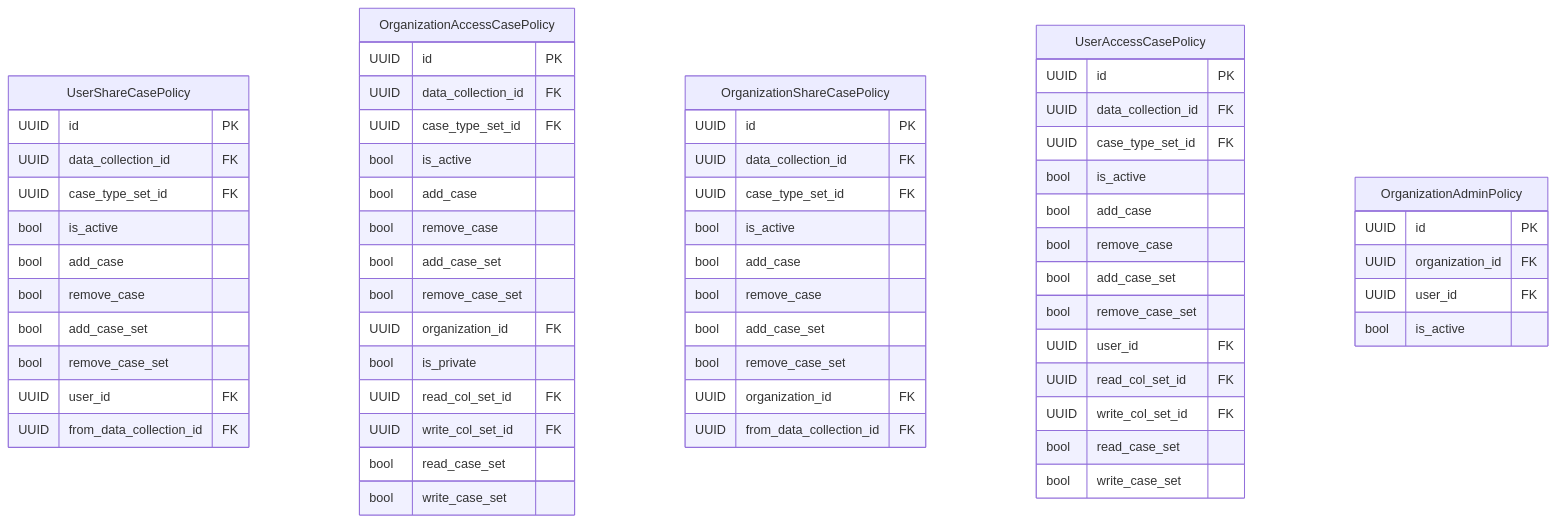
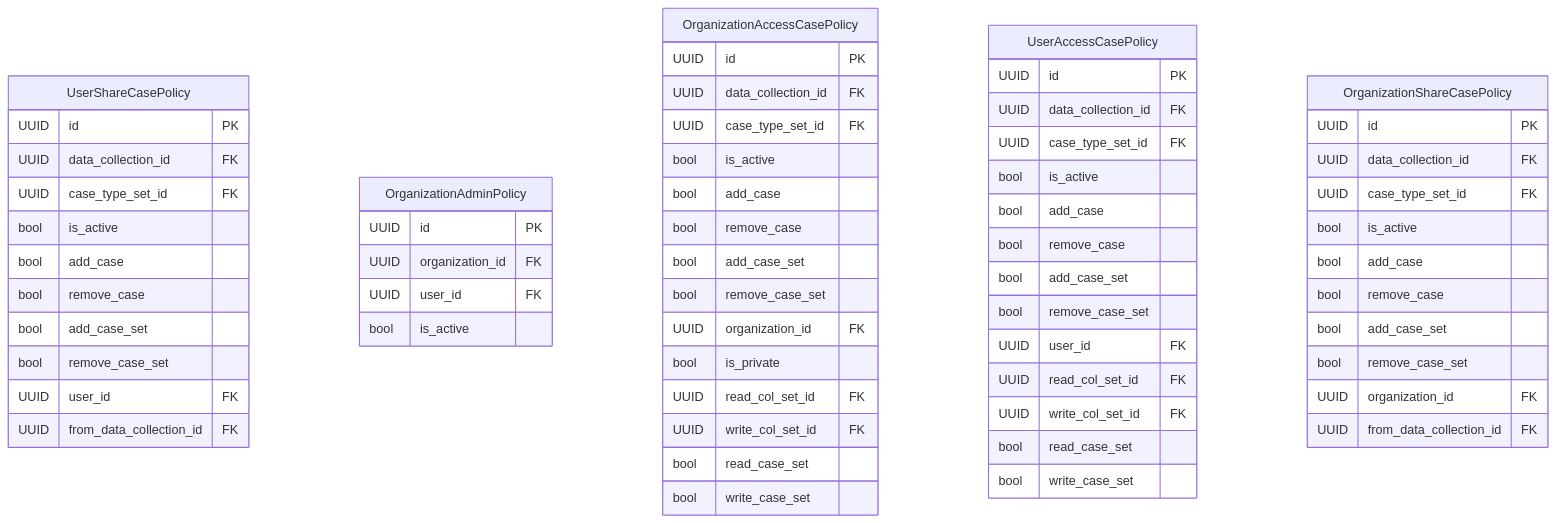
One commit to RIVM-bioinformatics/gen-epix-api changed the diagram in docs/erm/casedb.abac.detailed.md. Above: the diagram before and after it, drawn with Mermaid. The commit also changed other lines of this file and 142 other files, not shown here.

````diff
--- a/docs/erm/casedb.abac.detailed.md
+++ b/docs/erm/casedb.abac.detailed.md
@@ -5,72 +5,72 @@
 ```mermaid
 erDiagram
     %% casedb / ABAC (detailed)
 
     %% Entity definitions
     UserShareCasePolicy {
         UUID id PK
         UUID data_collection_id FK
         UUID case_type_set_id FK
         bool is_active
         bool add_case
         bool remove_case
         bool add_case_set
         bool remove_case_set
         UUID user_id FK
         UUID from_data_collection_id FK
+    }
+
+    OrganizationAdminPolicy {
+        UUID id PK
+        UUID organization_id FK
+        UUID user_id FK
+        bool is_active
     }
 
     OrganizationAccessCasePolicy {
         UUID id PK
         UUID data_collection_id FK
         UUID case_type_set_id FK
         bool is_active
         bool add_case
         bool remove_case
         bool add_case_set
         bool remove_case_set
         UUID organization_id FK
         bool is_private
         UUID read_col_set_id FK
         UUID write_col_set_id FK
         bool read_case_set
         bool write_case_set
     }
 
-    OrganizationShareCasePolicy {
-        UUID id PK
-        UUID data_collection_id FK
-        UUID case_type_set_id FK
-        bool is_active
-        bool add_case
-        bool remove_case
-        bool add_case_set
-        bool remove_case_set
-        UUID organization_id FK
-        UUID from_data_collection_id FK
-    }
-
     UserAccessCasePolicy {
         UUID id PK
         UUID data_collection_id FK
         UUID case_type_set_id FK
         bool is_active
         bool add_case
         bool remove_case
         bool add_case_set
         bool remove_case_set
         UUID user_id FK
         UUID read_col_set_id FK
         UUID write_col_set_id FK
         bool read_case_set
         bool write_case_set
     }
 
-    OrganizationAdminPolicy {
+    OrganizationShareCasePolicy {
         UUID id PK
+        UUID data_collection_id FK
+        UUID case_type_set_id FK
+        bool is_active
+        bool add_case
+        bool remove_case
+        bool add_case_set
+        bool remove_case_set
         UUID organization_id FK
-        UUID user_id FK
-        bool is_active
+        UUID from_data_collection_id FK
     }
 
 ```
````
